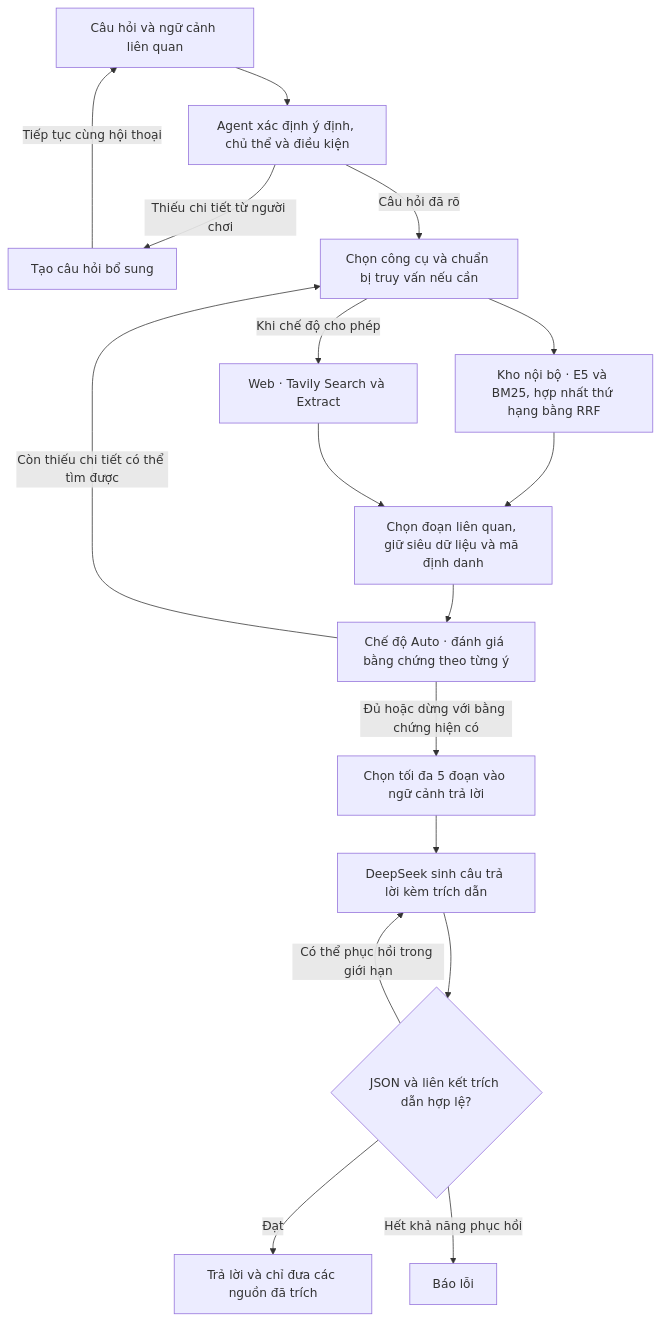
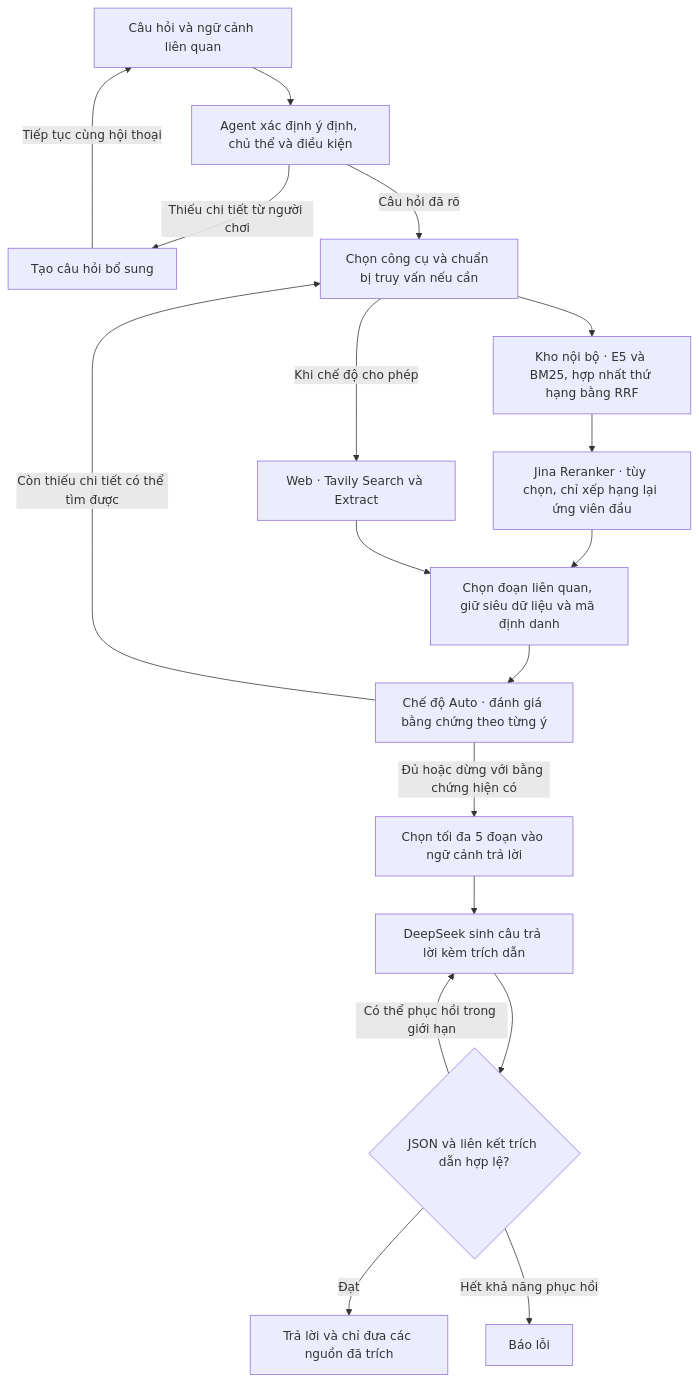
The third of 4 diagrams in docs/indexbeast-system-pipeline.md (HoanBuCon/Index-Beast), drawn with Mermaid before and after one commit. The commit also changed other lines of this file and 19 other files, not shown here.

First line of the commit message:
feat: integrate Jina Reranker API with configurable settings

````diff
--- a/docs/indexbeast-system-pipeline.md
+++ b/docs/indexbeast-system-pipeline.md
@@ -83,19 +83,20 @@
 ```mermaid
 graph TD
     IN["Câu hỏi và ngữ cảnh liên quan"] --> PLAN["Agent xác định ý định, chủ thể và điều kiện"]
     PLAN -->|"Thiếu chi tiết từ người chơi"| ASK["Tạo câu hỏi bổ sung"]
     ASK -->|"Tiếp tục cùng hội thoại"| IN
     PLAN -->|"Câu hỏi đã rõ"| TOOL["Chọn công cụ và chuẩn bị truy vấn nếu cần"]
     TOOL --> LOCAL["Kho nội bộ · E5 và BM25, hợp nhất thứ hạng bằng RRF"]
+    LOCAL --> RERANK["Jina Reranker · tùy chọn, chỉ xếp hạng lại ứng viên đầu"]
     TOOL -->|"Khi chế độ cho phép"| WEB["Web · Tavily Search và Extract"]
-    LOCAL --> PICK["Chọn đoạn liên quan, giữ siêu dữ liệu và mã định danh"]
+    RERANK --> PICK["Chọn đoạn liên quan, giữ siêu dữ liệu và mã định danh"]
     WEB --> PICK
     PICK --> EVAL["Chế độ Auto · đánh giá bằng chứng theo từng ý"]
     EVAL -->|"Còn thiếu chi tiết có thể tìm được"| TOOL
     EVAL -->|"Đủ hoặc dừng với bằng chứng hiện có"| CTX["Chọn tối đa 5 đoạn vào ngữ cảnh trả lời"]
     CTX --> LLM["DeepSeek sinh câu trả lời kèm trích dẫn"]
     LLM --> CHECK{"JSON và liên kết trích dẫn hợp lệ?"}
     CHECK -->|"Đạt"| OUT["Trả lời và chỉ đưa các nguồn đã trích"]
     CHECK -->|"Có thể phục hồi trong giới hạn"| LLM
     CHECK -->|"Hết khả năng phục hồi"| ERR["Báo lỗi"]
 ```
````
